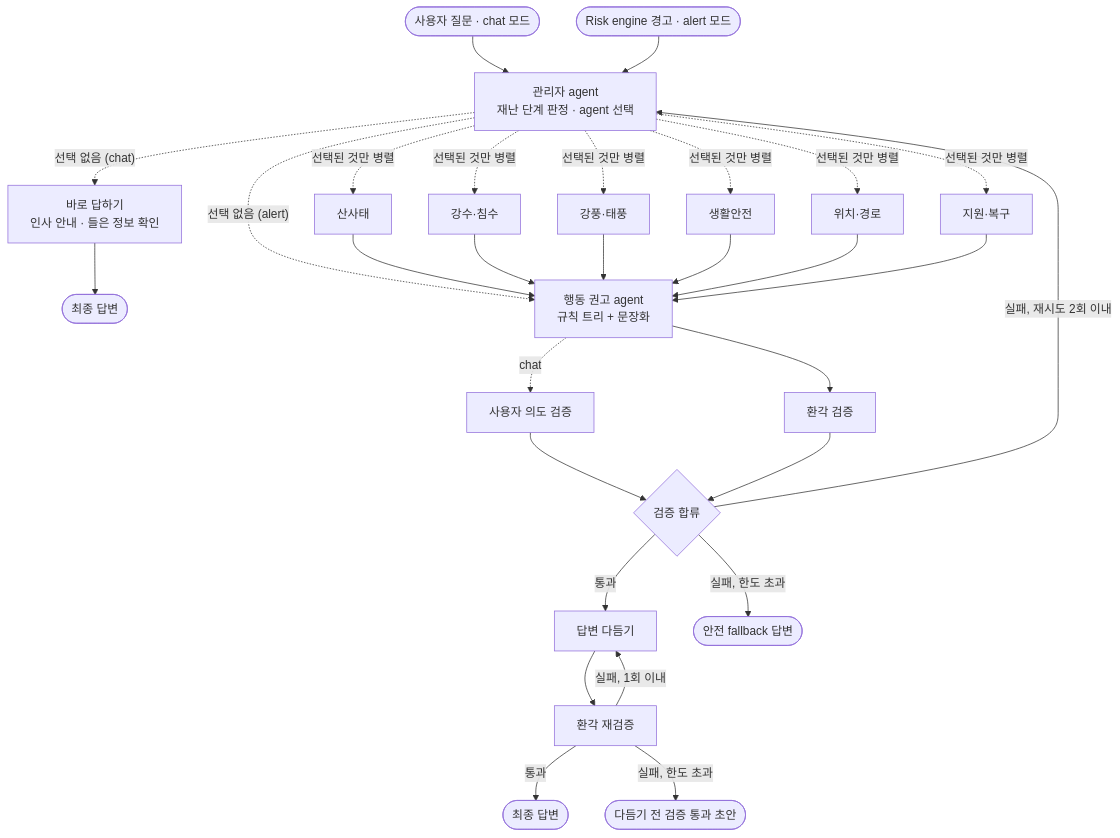
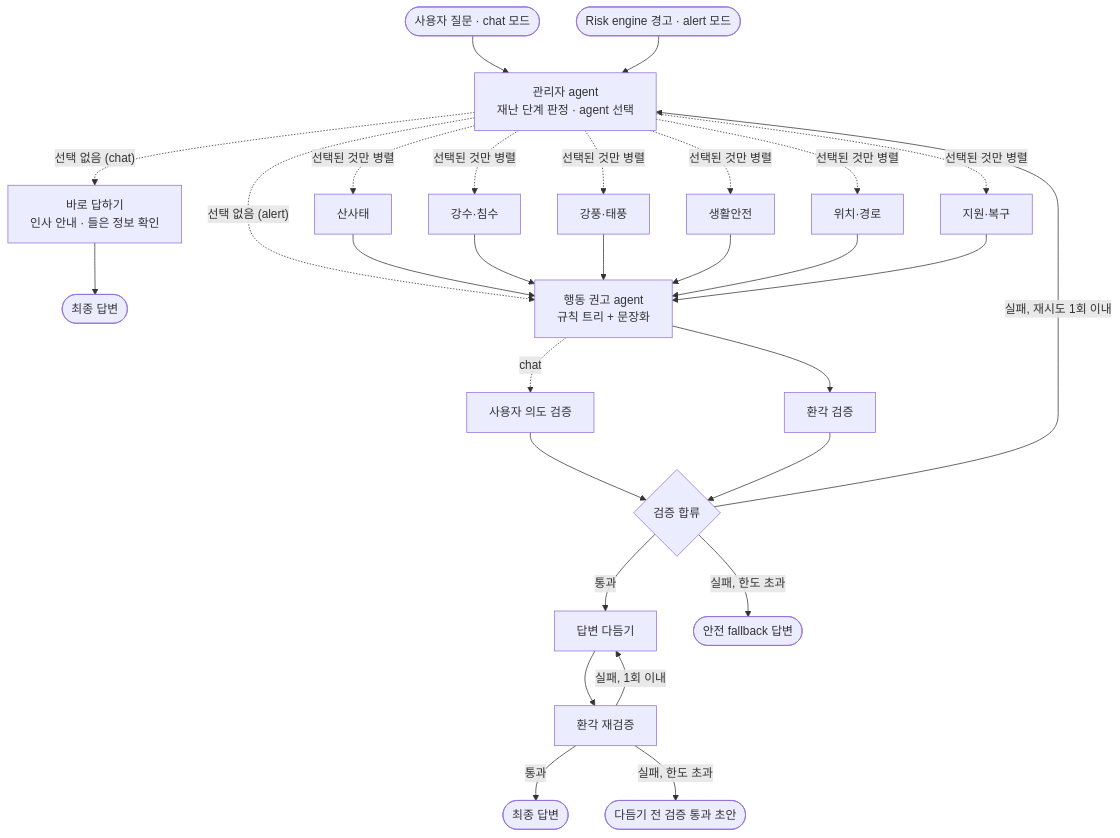
One commit to kimking73/guryongpo-safety-agent changed the first of 2 diagrams in ai/docs/agent-design.md. Above: the diagram before and after it, drawn with Mermaid. The commit also changed other lines of this file and 5 other files, not shown here.

````diff
--- a/ai/docs/agent-design.md
+++ b/ai/docs/agent-design.md
@@ -12,20 +12,20 @@
 ```mermaid
 flowchart TD
     IN([사용자 질문 · chat 모드]) --> M
     EV([Risk engine 경고 · alert 모드]) --> M
     M[관리자 agent<br/>재난 단계 판정 · agent 선택]
     M -. 선택된 것만 병렬 .-> L[산사태] & R[강수·침수] & W[강풍·태풍] & S[생활안전] & P[위치·경로] & RS[지원·복구]
     M -. 선택 없음 (chat) .-> D[바로 답하기<br/>인사 안내 · 들은 정보 확인] --> OUT0([최종 답변])
     M -. 선택 없음 (alert) .-> A
     L & R & W & S & P & RS --> A[행동 권고 agent<br/>규칙 트리 + 문장화]
     A -. chat .-> I[사용자 의도 검증]
     A --> H[환각 검증]
     I & H --> G{검증 합류}
     G -- 통과 --> PO[답변 다듬기]
-    G -- 실패, 재시도 2회 이내 --> M
+    G -- 실패, 재시도 1회 이내 --> M
     G -- 실패, 한도 초과 --> FB([안전 fallback 답변])
     PO --> H2[환각 재검증]
     H2 -- 통과 --> OUT([최종 답변])
     H2 -- 실패, 1회 이내 --> PO
     H2 -- 실패, 한도 초과 --> OUT2([다듬기 전 검증 통과 초안])
 ```
````
